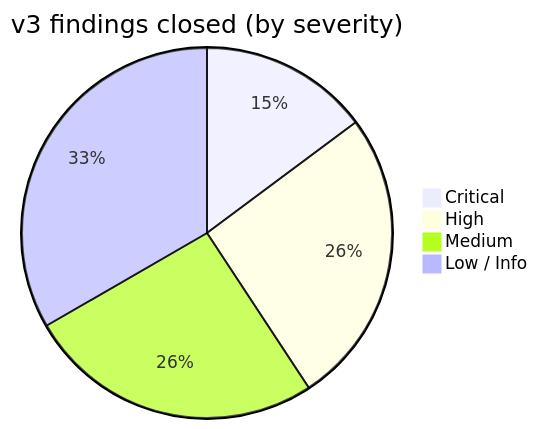
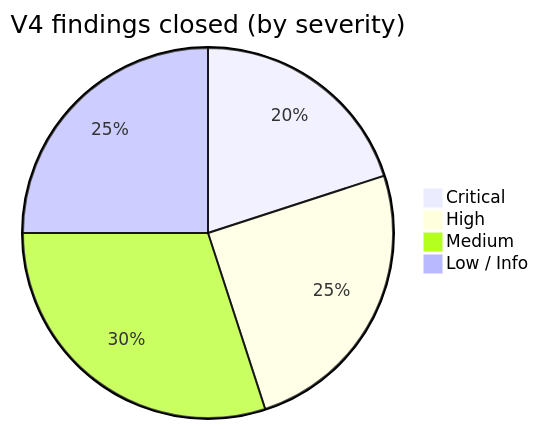
Before and after one commit to Web3Spell/chainpot: the fourth of 5 diagrams in README.md, drawn with Mermaid. The commit also changed other lines of this file and 1 other file, not shown here.

````diff
--- a/README.md
+++ b/README.md
@@ -144,7 +181,7 @@
 ```mermaid
-pie title v3 findings closed (by severity)
+pie title V4 findings closed (by severity)
     "Critical" : 4
-    "High" : 7
-    "Medium" : 7
-    "Low / Info" : 9
+    "High" : 5
+    "Medium" : 6
+    "Low / Info" : 5
 ```
````
